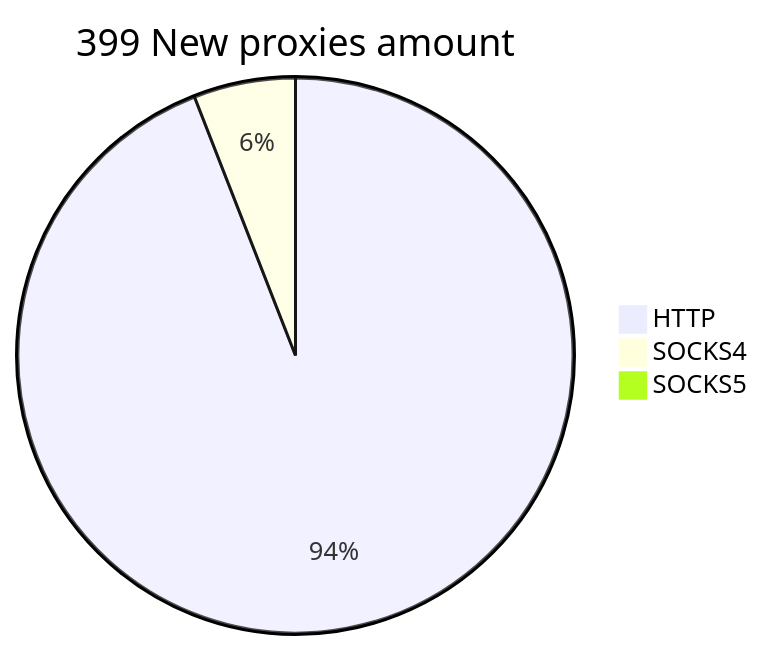
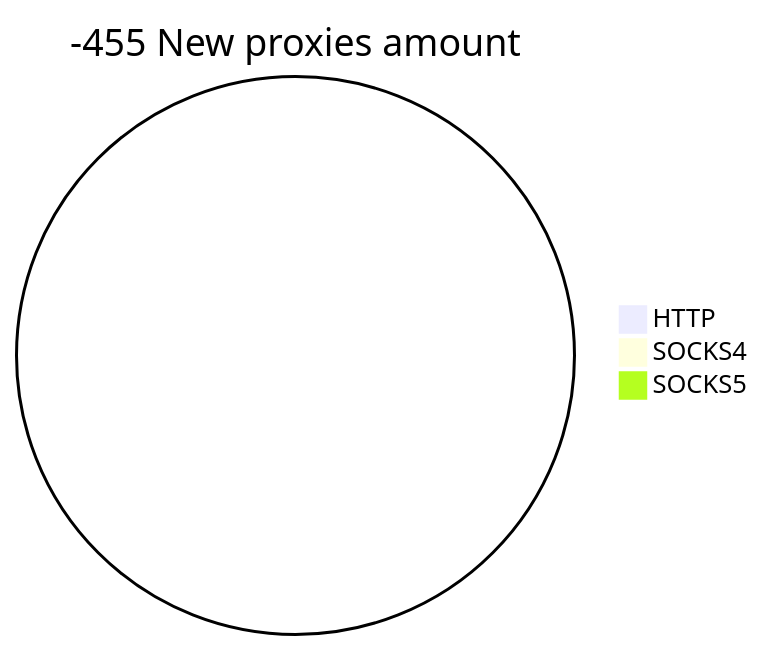
Before and after one commit to cutipu/proxylist: the second of 2 diagrams in README.md, drawn with Mermaid. The commit also changed other lines of this file, not shown here.

````diff
--- a/README.md
+++ b/README.md
@@ -10,6 +10,6 @@
 ```mermaid
-pie title 399 New proxies amount
-    "HTTP" : 381
-    "SOCKS4" : 24
+pie title -455 New proxies amount
+    "HTTP" : 0
+    "SOCKS4" : 0
     "SOCKS5" : 0
 ```
````
